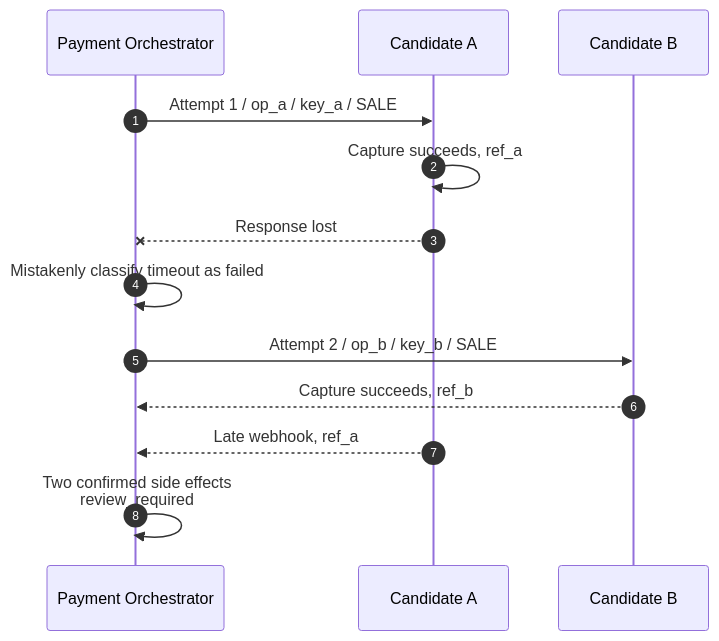
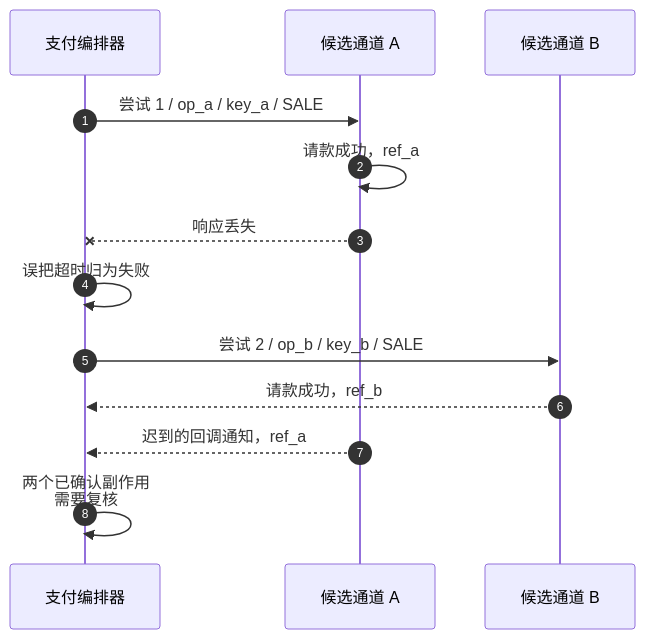
The first of 4 diagrams in part-3-reliability/fallback-routing.md (YouEclipse/Designing-Modern-Payment-Systems), drawn with Mermaid before and after one commit. The commit also changed other lines of this file and 59 other files, not shown here.

````diff
--- a/part-3-reliability/fallback-routing.md
+++ b/part-3-reliability/fallback-routing.md
@@ -46,16 +46,16 @@
 ```mermaid
 sequenceDiagram
     autonumber
-    participant P as Payment Orchestrator
-    participant A as Candidate A
-    participant B as Candidate B
+    participant P as 支付编排器
+    participant A as 候选通道 A
+    participant B as 候选通道 B
 
-    P->>A: Attempt 1 / op_a / key_a / SALE
-    A->>A: Capture succeeds, ref_a
-    A--xP: Response lost
-    P->>P: Mistakenly classify timeout as failed
-    P->>B: Attempt 2 / op_b / key_b / SALE
-    B-->>P: Capture succeeds, ref_b
-    A-->>P: Late webhook, ref_a
-    P->>P: Two confirmed side effects<br/>review_required
+    P->>A: 尝试 1 / op_a / key_a / SALE
+    A->>A: 请款成功，ref_a
+    A--xP: 响应丢失
+    P->>P: 误把超时归为失败
+    P->>B: 尝试 2 / op_b / key_b / SALE
+    B-->>P: 请款成功，ref_b
+    A-->>P: 迟到的回调通知，ref_a
+    P->>P: 两个已确认副作用<br/>需要复核
 ```
````
